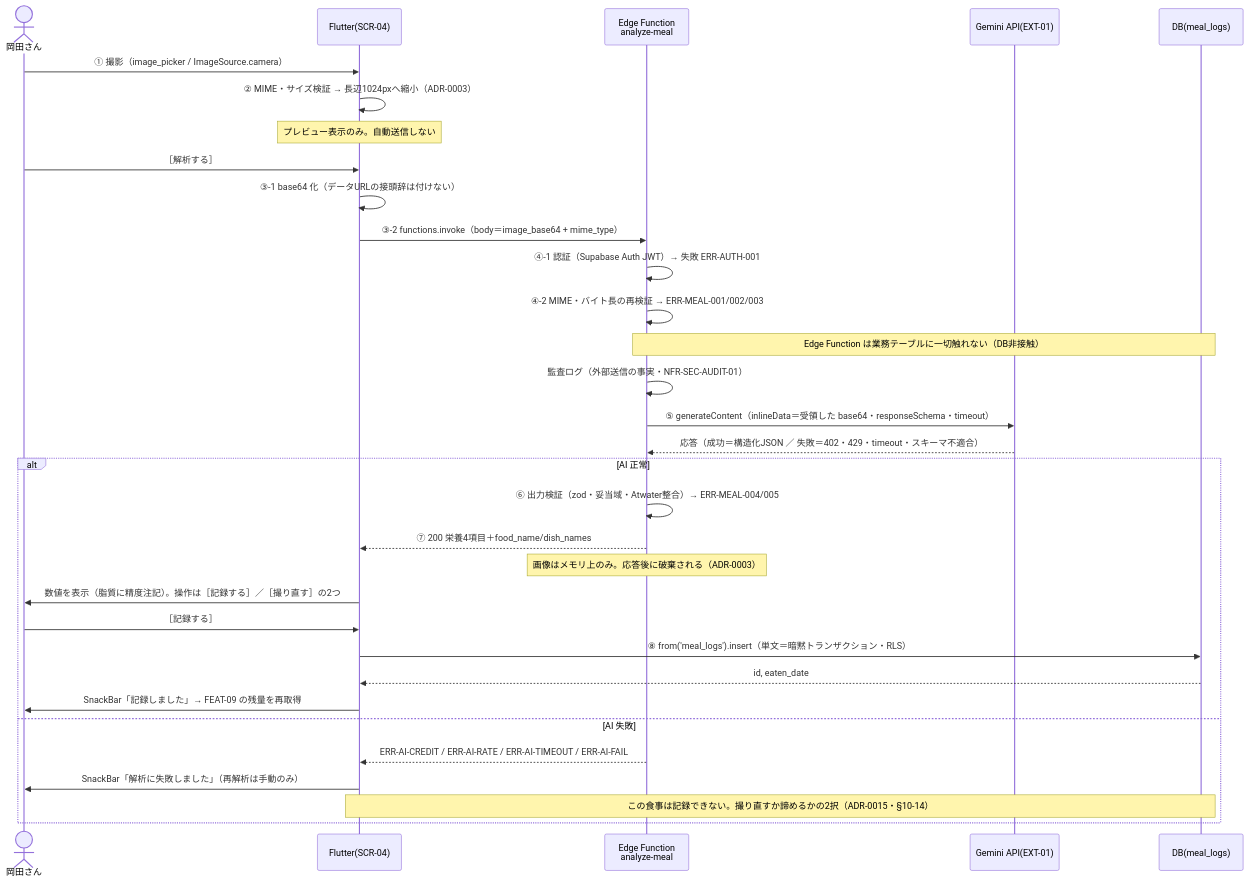
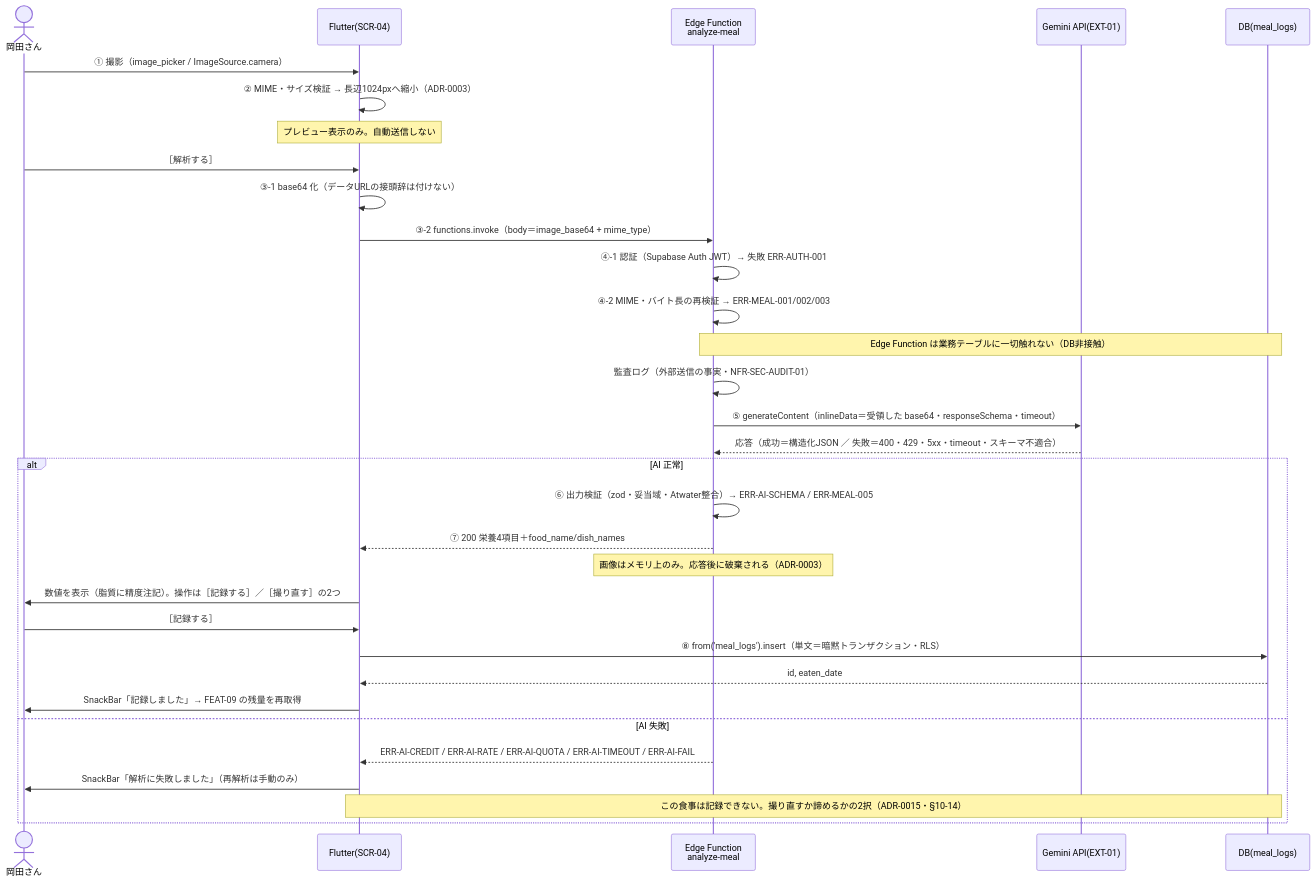
Before and after one commit to k-okada51/okada-fit: the diagram in docs/02_設計/50_詳細設計/08_機能別詳細設計/FEAT-08_食事撮影タンパク質計算.md, drawn with Mermaid. The commit also changed other lines of this file and 14 other files, not shown here.

````diff
--- a/docs/02_設計/50_詳細設計/08_機能別詳細設計/FEAT-08_食事撮影タンパク質計算.md
+++ b/docs/02_設計/50_詳細設計/08_機能別詳細設計/FEAT-08_食事撮影タンパク質計算.md
@@ -141,35 +141,35 @@
 ```mermaid
 sequenceDiagram
   actor U as 岡田さん
   participant F as Flutter(SCR-04)
   participant EF as Edge Function<br/>analyze-meal
   participant G as Gemini API(EXT-01)
   participant D as DB(meal_logs)
 
   U->>F: ① 撮影（image_picker / ImageSource.camera）
   F->>F: ② MIME・サイズ検証 → 長辺1024pxへ縮小（ADR-0003）
   Note over F: プレビュー表示のみ。自動送信しない
   U->>F: ［解析する］
   F->>F: ③-1 base64 化（データURLの接頭辞は付けない）
   F->>EF: ③-2 functions.invoke（body＝image_base64 + mime_type）
   EF->>EF: ④-1 認証（Supabase Auth JWT）→ 失敗 ERR-AUTH-001
   EF->>EF: ④-2 MIME・バイト長の再検証 → ERR-MEAL-001/002/003
   Note over EF,D: Edge Function は業務テーブルに一切触れない（DB非接触）
   EF->>EF: 監査ログ（外部送信の事実・NFR-SEC-AUDIT-01）
   EF->>G: ⑤ generateContent（inlineData＝受領した base64・responseSchema・timeout）
-  G-->>EF: 応答（成功＝構造化JSON ／ 失敗＝402・429・timeout・スキーマ不適合）
+  G-->>EF: 応答（成功＝構造化JSON ／ 失敗＝400・429・5xx・timeout・スキーマ不適合）
   alt AI 正常
-    EF->>EF: ⑥ 出力検証（zod・妥当域・Atwater整合）→ ERR-MEAL-004/005
+    EF->>EF: ⑥ 出力検証（zod・妥当域・Atwater整合）→ ERR-AI-SCHEMA / ERR-MEAL-005
     EF-->>F: ⑦ 200 栄養4項目＋food_name/dish_names
     Note over EF: 画像はメモリ上のみ。応答後に破棄される（ADR-0003）
     F->>U: 数値を表示（脂質に精度注記）。操作は［記録する］／［撮り直す］の2つ
     U->>F: ［記録する］
     F->>D: ⑧ from('meal_logs').insert（単文＝暗黙トランザクション・RLS）
     D-->>F: id, eaten_date
     F->>U: SnackBar「記録しました」→ FEAT-09 の残量を再取得
   else AI 失敗
-    EF-->>F: ERR-AI-CREDIT / ERR-AI-RATE / ERR-AI-TIMEOUT / ERR-AI-FAIL
+    EF-->>F: ERR-AI-CREDIT / ERR-AI-RATE / ERR-AI-QUOTA / ERR-AI-TIMEOUT / ERR-AI-FAIL
     F->>U: SnackBar「解析に失敗しました」（再解析は手動のみ）
     Note over F,D: この食事は記録できない。撮り直すか諦めるかの2択（ADR-0015・§10-14）
   end
 ```
````
